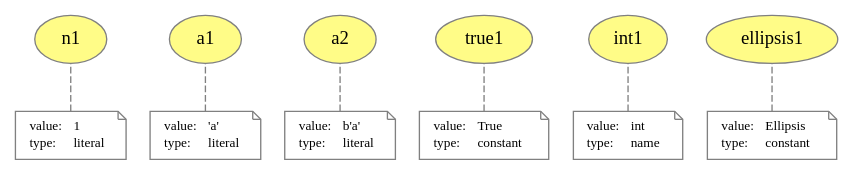
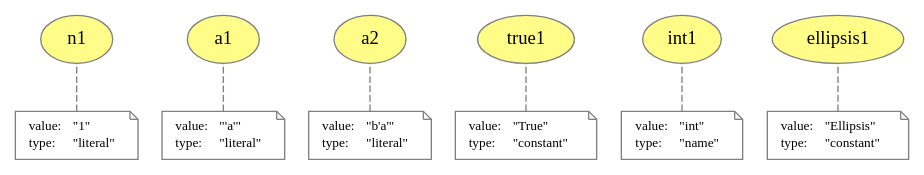
Before and after one commit to dew-uff/versioned-prov: the diagram in prov_dictionary/names.dot, drawn with Graphviz. The commit also changed 93 other files, not shown here.

```diff
--- a/prov_dictionary/names.dot
+++ b/prov_dictionary/names.dot
@@ -1,74 +1,74 @@
 digraph "PROV" { size="16,12"; rankdir="BT";
 "http://example.org/n1" [fillcolor="#FFFC87",color="#808080",style="filled",label="n1",URL="http://example.org/n1"]
 "-attrs0" [color="gray",shape="note",fontsize="10",fontcolor="black",label=<<TABLE cellpadding="0" border="0">
 	<TR>
 	    <TD align="left">value:</TD>
-	    <TD align="left">1</TD>
+	    <TD align="left">&quot;1&quot;</TD>
 	</TR>
 	<TR>
 	    <TD align="left">type:</TD>
-	    <TD align="left">literal</TD>
+	    <TD align="left">&quot;literal&quot;</TD>
 	</TR>
 </TABLE>>]
 "-attrs0" -> "http://example.org/n1" [color="gray",style="dashed",arrowhead="none"]
 "http://example.org/a1" [fillcolor="#FFFC87",color="#808080",style="filled",label="a1",URL="http://example.org/a1"]
 "-attrs1" [color="gray",shape="note",fontsize="10",fontcolor="black",label=<<TABLE cellpadding="0" border="0">
 	<TR>
 	    <TD align="left">value:</TD>
-	    <TD align="left">'a'</TD>
+	    <TD align="left">&quot;&#x27;a&#x27;&quot;</TD>
 	</TR>
 	<TR>
 	    <TD align="left">type:</TD>
-	    <TD align="left">literal</TD>
+	    <TD align="left">&quot;literal&quot;</TD>
 	</TR>
 </TABLE>>]
 "-attrs1" -> "http://example.org/a1" [color="gray",style="dashed",arrowhead="none"]
 "http://example.org/a2" [fillcolor="#FFFC87",color="#808080",style="filled",label="a2",URL="http://example.org/a2"]
 "-attrs2" [color="gray",shape="note",fontsize="10",fontcolor="black",label=<<TABLE cellpadding="0" border="0">
 	<TR>
 	    <TD align="left">value:</TD>
-	    <TD align="left">b'a'</TD>
+	    <TD align="left">&quot;b&#x27;a&#x27;&quot;</TD>
 	</TR>
 	<TR>
 	    <TD align="left">type:</TD>
-	    <TD align="left">literal</TD>
+	    <TD align="left">&quot;literal&quot;</TD>
 	</TR>
 </TABLE>>]
 "-attrs2" -> "http://example.org/a2" [color="gray",style="dashed",arrowhead="none"]
 "http://example.org/true1" [fillcolor="#FFFC87",color="#808080",style="filled",label="true1",URL="http://example.org/true1"]
 "-attrs3" [color="gray",shape="note",fontsize="10",fontcolor="black",label=<<TABLE cellpadding="0" border="0">
 	<TR>
 	    <TD align="left">value:</TD>
-	    <TD align="left">True</TD>
+	    <TD align="left">&quot;True&quot;</TD>
 	</TR>
 	<TR>
 	    <TD align="left">type:</TD>
-	    <TD align="left">constant</TD>
+	    <TD align="left">&quot;constant&quot;</TD>
 	</TR>
 </TABLE>>]
 "-attrs3" -> "http://example.org/true1" [color="gray",style="dashed",arrowhead="none"]
 "http://example.org/int1" [fillcolor="#FFFC87",color="#808080",style="filled",label="int1",URL="http://example.org/int1"]
 "-attrs4" [color="gray",shape="note",fontsize="10",fontcolor="black",label=<<TABLE cellpadding="0" border="0">
 	<TR>
 	    <TD align="left">value:</TD>
-	    <TD align="left">int</TD>
+	    <TD align="left">&quot;int&quot;</TD>
 	</TR>
 	<TR>
 	    <TD align="left">type:</TD>
-	    <TD align="left">name</TD>
+	    <TD align="left">&quot;name&quot;</TD>
 	</TR>
 </TABLE>>]
 "-attrs4" -> "http://example.org/int1" [color="gray",style="dashed",arrowhead="none"]
 "http://example.org/ellipsis1" [fillcolor="#FFFC87",color="#808080",style="filled",label="ellipsis1",URL="http://example.org/ellipsis1"]
 "-attrs5" [color="gray",shape="note",fontsize="10",fontcolor="black",label=<<TABLE cellpadding="0" border="0">
 	<TR>
 	    <TD align="left">value:</TD>
-	    <TD align="left">Ellipsis</TD>
+	    <TD align="left">&quot;Ellipsis&quot;</TD>
 	</TR>
 	<TR>
 	    <TD align="left">type:</TD>
-	    <TD align="left">constant</TD>
+	    <TD align="left">&quot;constant&quot;</TD>
 	</TR>
 </TABLE>>]
 "-attrs5" -> "http://example.org/ellipsis1" [color="gray",style="dashed",arrowhead="none"]
 }
```
